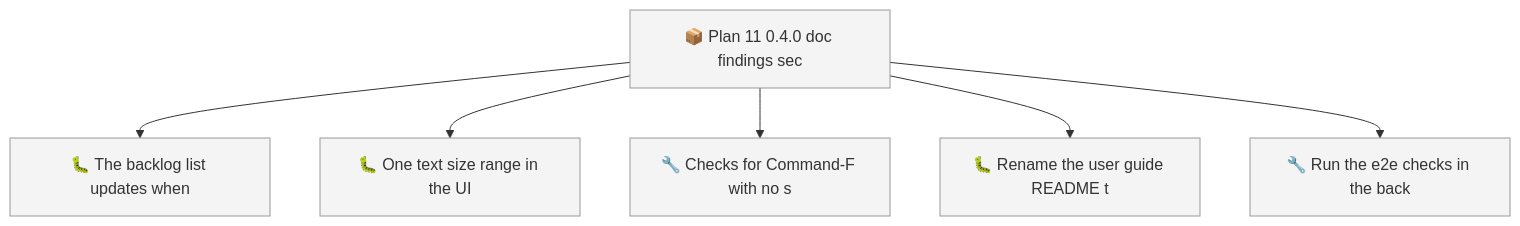
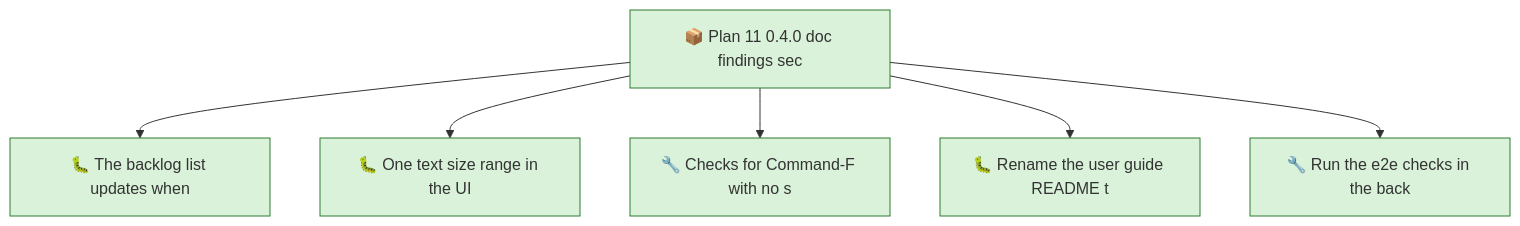
The first of 2 diagrams in docs/roadmap.md (SpillwaveSolutions/prd-forge-viewer), drawn with Mermaid before and after one commit. The commit also changed other lines of this file and 12 other files, not shown here.

````diff
--- a/docs/roadmap.md
+++ b/docs/roadmap.md
@@ -44,16 +44,16 @@
 ```mermaid
 graph TD
     01M6CD2T4X865526TGXVQKB04H["📦 Plan 11 0.4.0 doc findings sec"]
     01M6CD2T72NWPZNCQE152XGDF1["🐛 The backlog list updates when"]
     01M6CD2T95Y68V8JHECMVED6WN["🐛 One text size range in the UI"]
     01M6CD2TBCVFV3GHHQB71WMC1T["🔧 Checks for Command-F with no s"]
     01M6CD2TDP9AHWDF99TTFVA6W3["🐛 Rename the user guide README t"]
     01M6CDER7F638J5X58BARRP8KK["🔧 Run the e2e checks in the back"]
     01M6CD2T4X865526TGXVQKB04H --> 01M6CD2T72NWPZNCQE152XGDF1
     01M6CD2T4X865526TGXVQKB04H --> 01M6CD2T95Y68V8JHECMVED6WN
     01M6CD2T4X865526TGXVQKB04H --> 01M6CD2TBCVFV3GHHQB71WMC1T
     01M6CD2T4X865526TGXVQKB04H --> 01M6CD2TDP9AHWDF99TTFVA6W3
     01M6CD2T4X865526TGXVQKB04H --> 01M6CDER7F638J5X58BARRP8KK
-    classDef todo fill:#f4f4f4,stroke:#999999
-    class 01M6CD2T4X865526TGXVQKB04H,01M6CD2T72NWPZNCQE152XGDF1,01M6CD2T95Y68V8JHECMVED6WN,01M6CD2TBCVFV3GHHQB71WMC1T,01M6CD2TDP9AHWDF99TTFVA6W3,01M6CDER7F638J5X58BARRP8KK todo
+    classDef in_progress fill:#d9f2d9,stroke:#2e7d32
+    class 01M6CD2T4X865526TGXVQKB04H,01M6CD2T72NWPZNCQE152XGDF1,01M6CD2T95Y68V8JHECMVED6WN,01M6CD2TBCVFV3GHHQB71WMC1T,01M6CD2TDP9AHWDF99TTFVA6W3,01M6CDER7F638J5X58BARRP8KK in_progress
 ```
````
